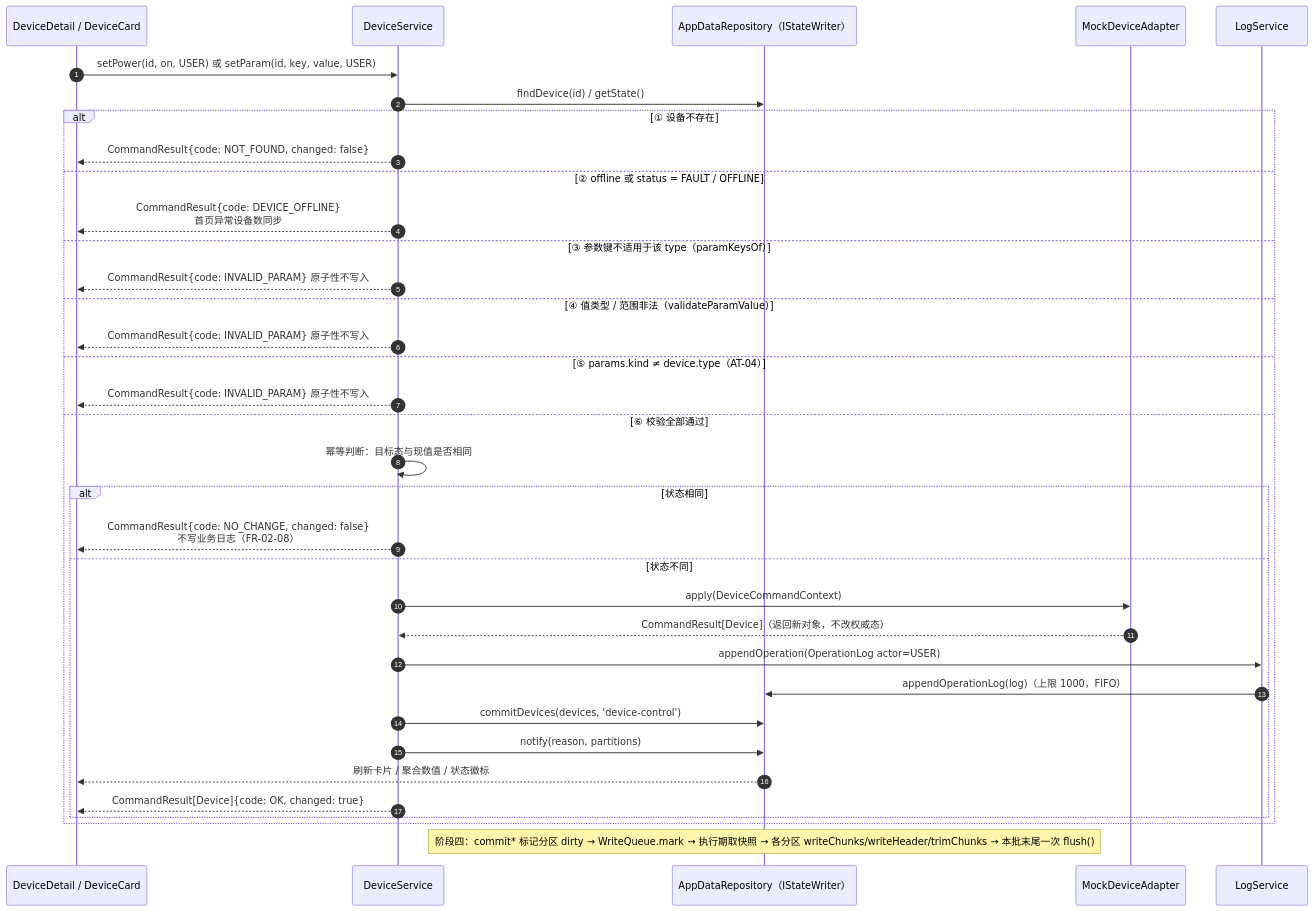
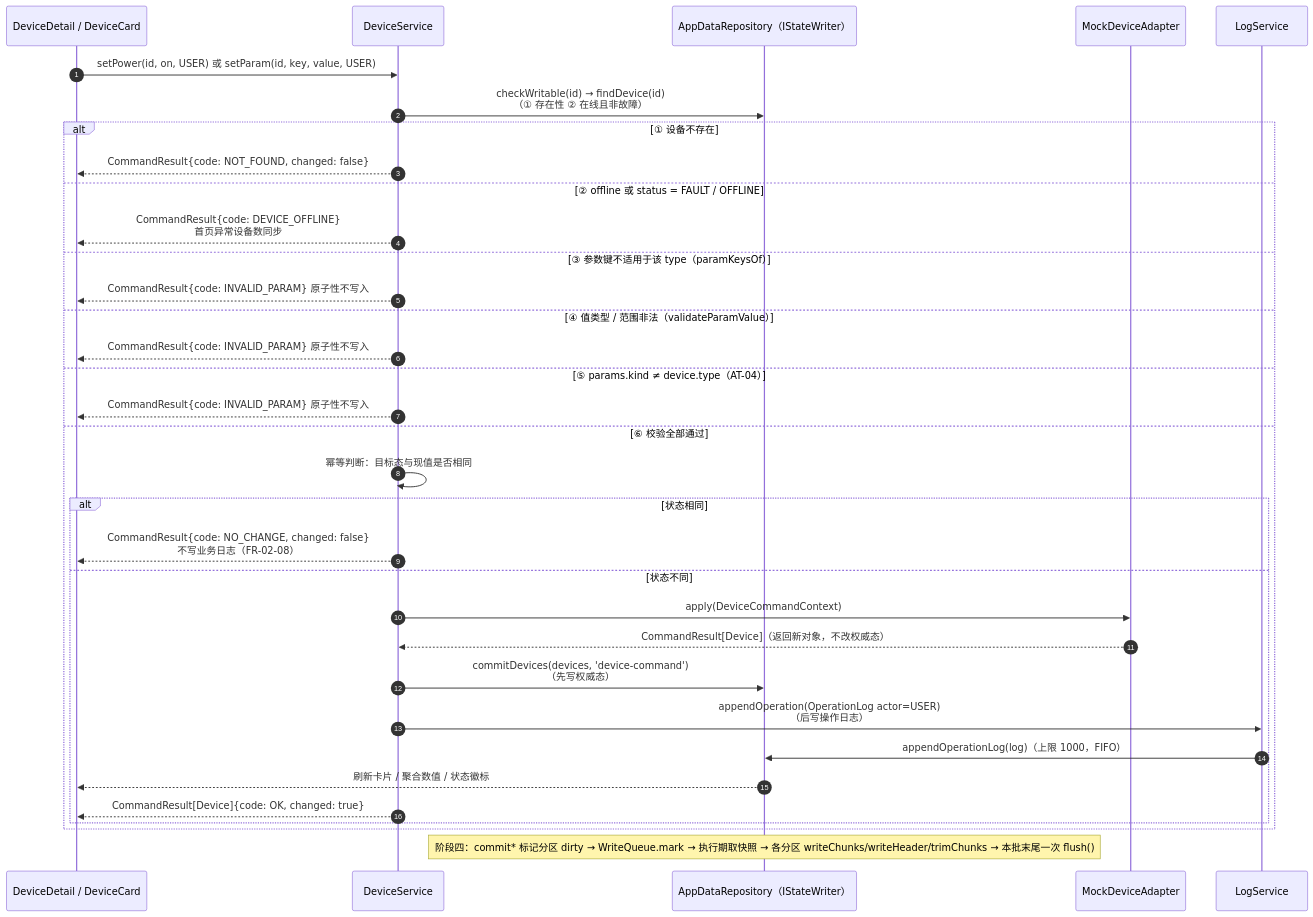
The fourth of 6 diagrams in design/系统架构设计.md (Yu-qiamWei/SmartDorm-HarmonyOS), drawn with Mermaid before and after one commit. The commit also changed other lines of this file and 2 other files, not shown here.

````diff
--- a/design/系统架构设计.md
+++ b/design/系统架构设计.md
@@ -1924,39 +2040,38 @@
 ```mermaid
 %% 本图与 design/sequence-diagram.mermaid 中 FLOW-02 逐行一致（V1.0.3）
 sequenceDiagram
     autonumber
     participant UI as DeviceDetail / DeviceCard
     participant DS as DeviceService
     participant REPO as AppDataRepository（IStateWriter）
     participant MDA as MockDeviceAdapter
     participant LS as LogService
 
     UI->>DS: setPower(id, on, USER) 或 setParam(id, key, value, USER)
-    DS->>REPO: findDevice(id) / getState()
+    DS->>REPO: checkWritable(id) → findDevice(id)<br/>（① 存在性 ② 在线且非故障）
     alt ① 设备不存在
         DS-->>UI: CommandResult{code: NOT_FOUND, changed: false}
     else ② offline 或 status = FAULT / OFFLINE
         DS-->>UI: CommandResult{code: DEVICE_OFFLINE}<br/>首页异常设备数同步
     else ③ 参数键不适用于该 type（paramKeysOf）
         DS-->>UI: CommandResult{code: INVALID_PARAM} 原子性不写入
     else ④ 值类型 / 范围非法（validateParamValue）
         DS-->>UI: CommandResult{code: INVALID_PARAM} 原子性不写入
     else ⑤ params.kind ≠ device.type（AT-04）
         DS-->>UI: CommandResult{code: INVALID_PARAM} 原子性不写入
     else ⑥ 校验全部通过
         DS->>DS: 幂等判断：目标态与现值是否相同
         alt 状态相同
             DS-->>UI: CommandResult{code: NO_CHANGE, changed: false}<br/>不写业务日志（FR-02-08）
         else 状态不同
             DS->>MDA: apply(DeviceCommandContext)
             MDA-->>DS: CommandResult[Device]（返回新对象，不改权威态）
-            DS->>LS: appendOperation(OperationLog actor=USER)
+            DS->>REPO: commitDevices(devices, 'device-command')<br/>（先写权威态）
+            DS->>LS: appendOperation(OperationLog actor=USER)<br/>（后写操作日志）
             LS->>REPO: appendOperationLog(log)（上限 1000，FIFO）
-            DS->>REPO: commitDevices(devices, 'device-control')
-            DS->>REPO: notify(reason, partitions)
             REPO-->>UI: 刷新卡片 / 聚合数值 / 状态徽标
             DS-->>UI: CommandResult[Device]{code: OK, changed: true}
         end
     end
     Note over REPO: 阶段四：commit* 标记分区 dirty → WriteQueue.mark → 执行期取快照 → 各分区 writeChunks/writeHeader/trimChunks → 本批末尾一次 flush()
 ```
````
